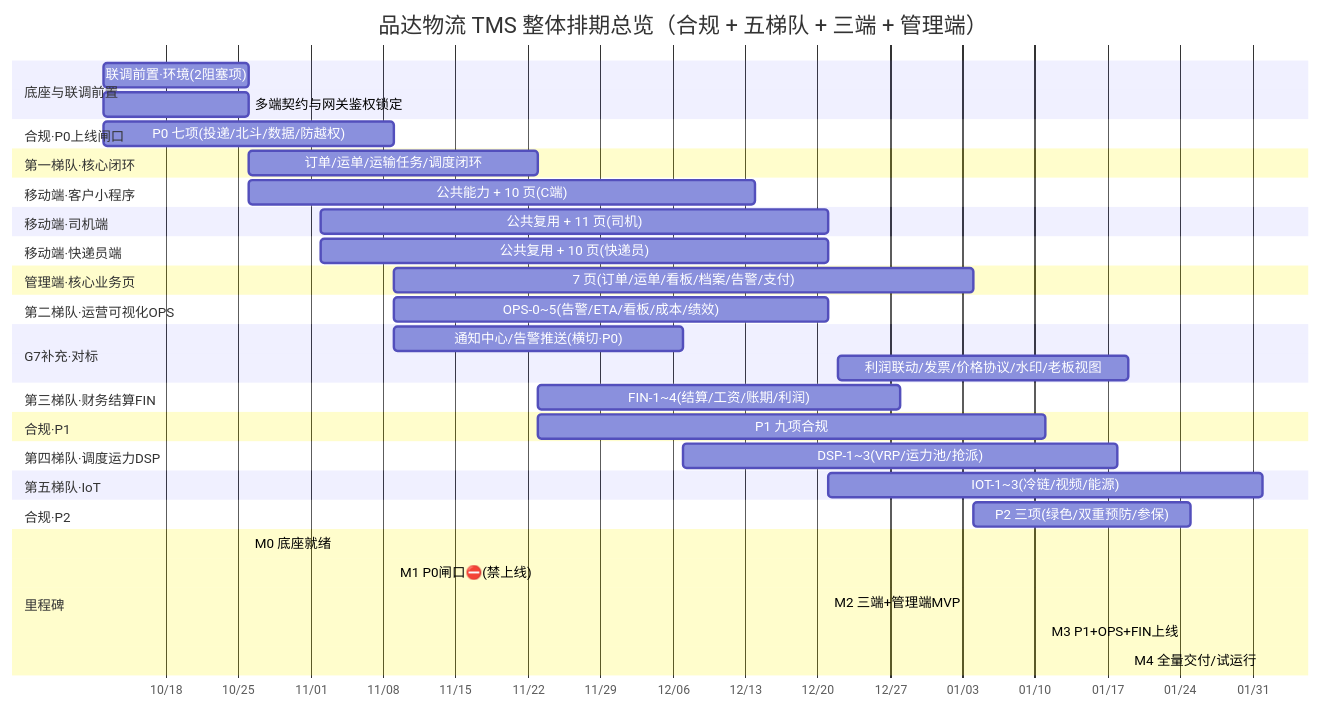
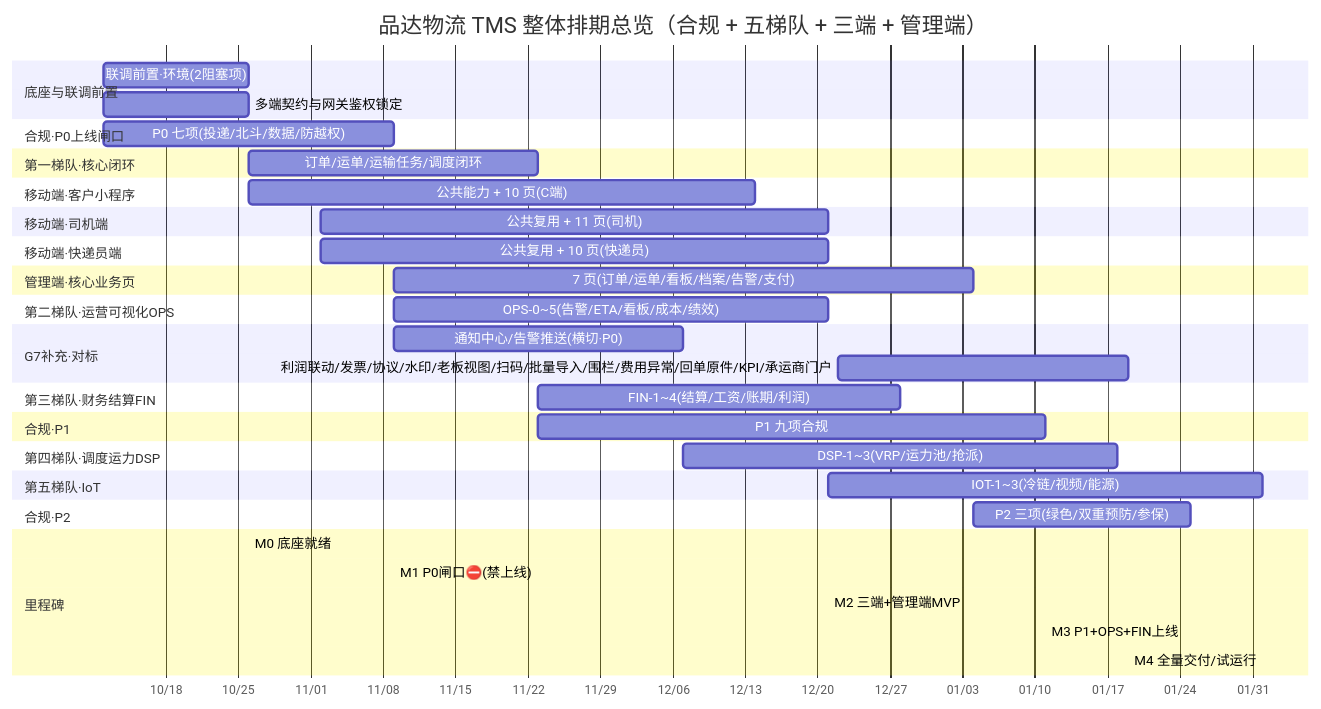
Before and after one commit to itxinfei/pinda-tms: the diagram in docs/需求文档/整体项目排期总览甘特.md, drawn with Mermaid. The commit also changed other lines of this file and 55 other files, not shown here.

````diff
--- a/docs/需求文档/整体项目排期总览甘特.md
+++ b/docs/需求文档/整体项目排期总览甘特.md
@@ -66,57 +66,57 @@
 ```mermaid
 gantt
     title 品达物流 TMS 整体排期总览（合规 + 五梯队 + 三端 + 管理端）
     dateFormat  YYYY-MM-DD
     axisFormat  %m/%d
 
     section 底座与联调前置
     联调前置·环境(2阻塞项)          :f0, 2026-10-12, 14d
     多端契约与网关鉴权锁定           :f1, 2026-10-12, 14d
 
     section 合规·P0上线闸口
     P0 七项(投递/北斗/数据/防越权)  :c0, 2026-10-12, 28d
 
     section 第一梯队·核心闭环
     订单/运单/运输任务/调度闭环     :t1, 2026-10-26, 28d
 
     section 移动端·客户小程序
     公共能力 + 10 页(C端)          :m1, 2026-10-26, 49d
 
     section 移动端·司机端
     公共复用 + 11 页(司机)         :m2, 2026-11-02, 49d
 
     section 移动端·快递员端
     公共复用 + 10 页(快递员)       :m3, 2026-11-02, 49d
 
     section 管理端·核心业务页
     7 页(订单/运单/看板/档案/告警/支付) :a1, 2026-11-09, 56d
 
     section 第二梯队·运营可视化OPS
     OPS-0~5(告警/ETA/看板/成本/绩效) :o1, 2026-11-09, 42d
 
     section G7补充·对标
     通知中心/告警推送(横切·P0)       :n1, 2026-11-09, 28d
-    利润联动/发票/价格协议/水印/老板视图 :g1, 2026-12-22, 28d
+    利润联动/发票/协议/水印/老板视图/扫码/批量导入/围栏/费用异常/回单原件/KPI/承运商门户 :g1, 2026-12-22, 28d
 
     section 第三梯队·财务结算FIN
     FIN-1~4(结算/工资/账期/利润)    :fi1, 2026-11-23, 35d
 
     section 合规·P1
     P1 九项合规                    :c1, 2026-11-23, 49d
 
     section 第四梯队·调度运力DSP
     DSP-1~3(VRP/运力池/抢派)       :d1, 2026-12-07, 42d
 
     section 第五梯队·IoT
     IOT-1~3(冷链/视频/能源)         :i1, 2026-12-21, 42d
 
     section 合规·P2
     P2 三项(绿色/双重预防/参保)     :c2, 2027-01-04, 21d
 
     section 里程碑
     M0 底座就绪                     :m0, 2026-10-26, 0d
     M1 P0闸口⛔(禁上线)             :m1m, 2026-11-09, 0d
     M2 三端+管理端MVP               :m2m, 2026-12-21, 0d
     M3 P1+OPS+FIN上线              :m3m, 2027-01-11, 0d
     M4 全量交付/试运行              :m4m, 2027-02-01, 0d
 ```
````
